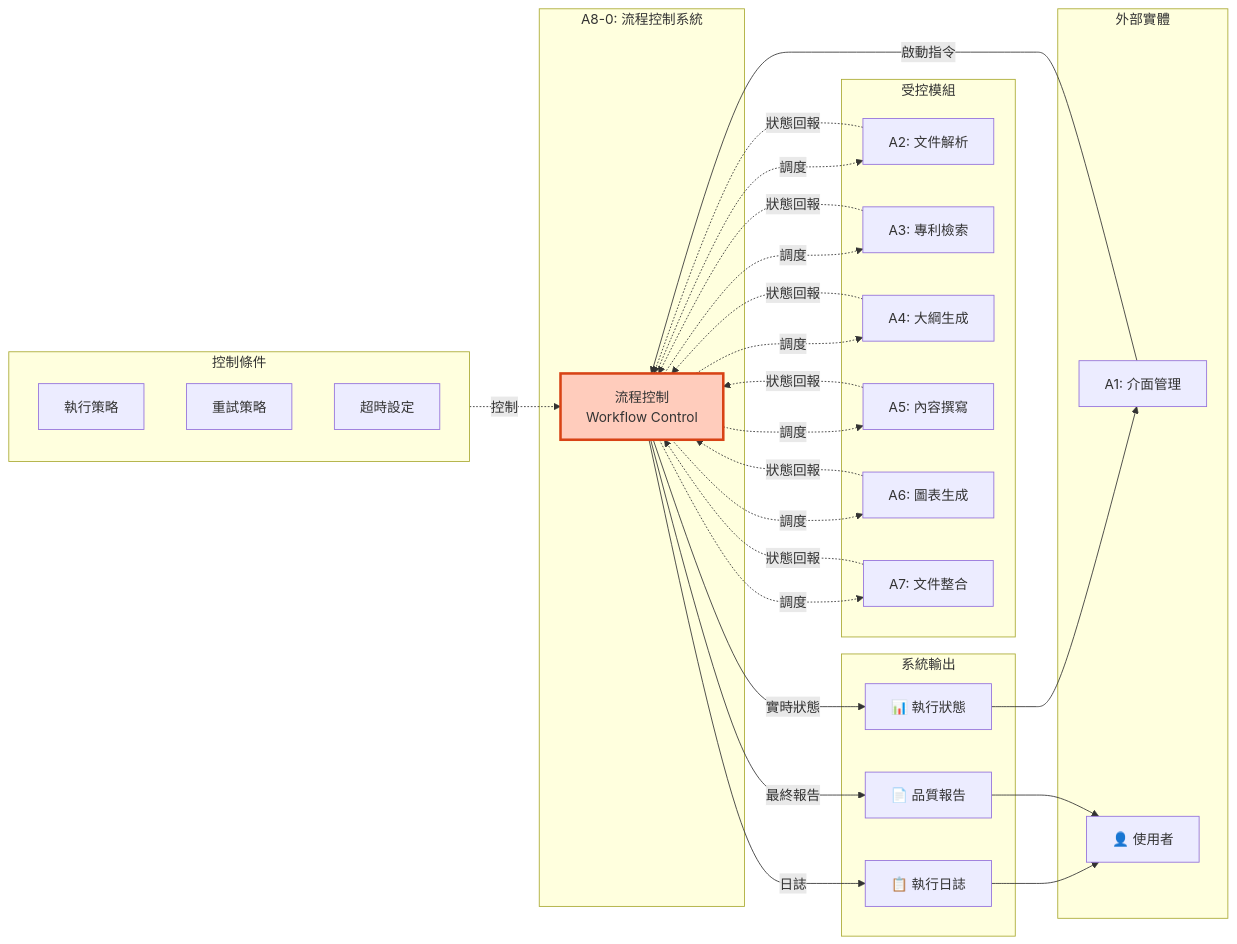
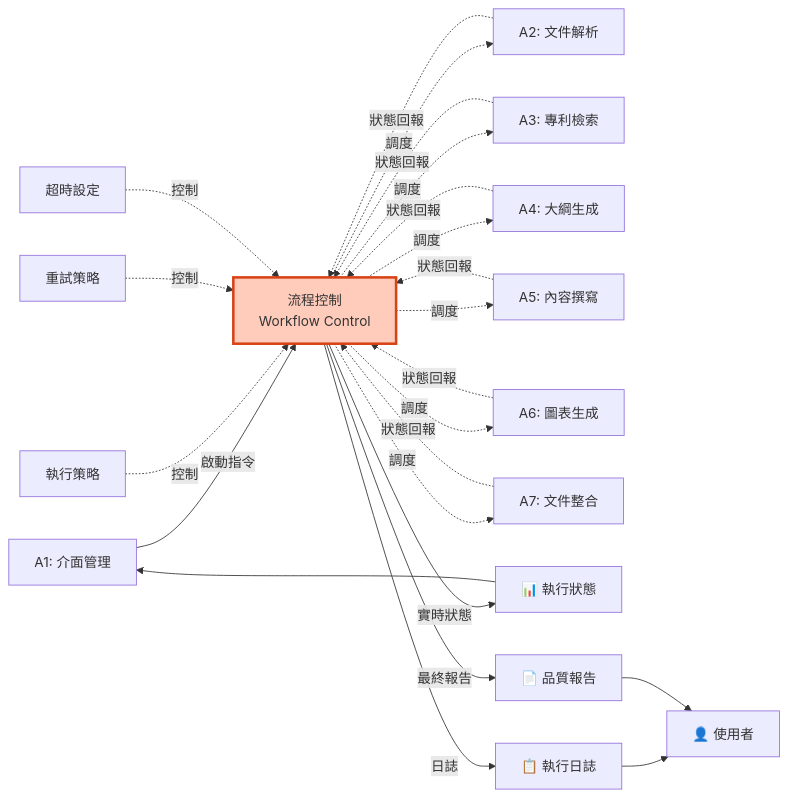
Before and after one commit to Raw1mage/PatentDrafter: the first of 4 diagrams in docs/A8_Workflow_Control_IDEF0.md, drawn with Mermaid. The commit also changed other lines of this file and 13 other files, not shown here.

First line of the commit message:
修復所有 Mermaid 圖表語法問題

````diff
--- a/docs/A8_Workflow_Control_IDEF0.md
+++ b/docs/A8_Workflow_Control_IDEF0.md
@@ -28,59 +28,47 @@
 ```mermaid
-graph LR
-    subgraph External["外部實體"]
-        A1["A1: 介面管理"]
-        User["👤 使用者"]
-    end
-
-    subgraph A8_System["A8-0: 流程控制系統"]
-        A8["流程控制<br/>Workflow Control"]
-    end
-
-    subgraph Modules["受控模組"]
-        A2["A2: 文件解析"]
-        A3["A3: 專利檢索"]
-        A4["A4: 大綱生成"]
-        A5["A5: 內容撰寫"]
-        A6["A6: 圖表生成"]
-        A7["A7: 文件整合"]
-    end
-
-    subgraph Controls["控制條件"]
-        Strategy["執行策略"]
-        RetryPolicy["重試策略"]
-        Timeout["超時設定"]
-    end
-
-    subgraph Outputs["系統輸出"]
-        Status["📊 執行狀態"]
-        Logs["📋 執行日誌"]
-        Report["📄 品質報告"]
-    end
+flowchart LR
+    A1["A1: 介面管理"]
+    User["👤 使用者"]
+    A8["流程控制<br/>Workflow Control"]
+    A2["A2: 文件解析"]
+    A3["A3: 專利檢索"]
+    A4["A4: 大綱生成"]
+    A5["A5: 內容撰寫"]
+    A6["A6: 圖表生成"]
+    A7["A7: 文件整合"]
+    Strategy["執行策略"]
+    RetryPolicy["重試策略"]
+    Timeout["超時設定"]
+    Status["📊 執行狀態"]
+    Logs["📋 執行日誌"]
+    Report["📄 品質報告"]
 
     A1 -->|啟動指令| A8
-    Controls -.控制.-> A8
+    Strategy -.控制.-> A8
+    RetryPolicy -.控制.-> A8
+    Timeout -.控制.-> A8
 
     A8 -.調度.-> A2
     A8 -.調度.-> A3
     A8 -.調度.-> A4
     A8 -.調度.-> A5
     A8 -.調度.-> A6
     A8 -.調度.-> A7
 
     A2 -.狀態回報.-> A8
     A3 -.狀態回報.-> A8
     A4 -.狀態回報.-> A8
     A5 -.狀態回報.-> A8
     A6 -.狀態回報.-> A8
     A7 -.狀態回報.-> A8
 
     A8 -->|實時狀態| Status
     A8 -->|日誌| Logs
     A8 -->|最終報告| Report
 
     Status --> A1
     Logs --> User
     Report --> User
 
     style A8 fill:#FFCCBC,stroke:#D84315,stroke-width:3px
 ```
````
